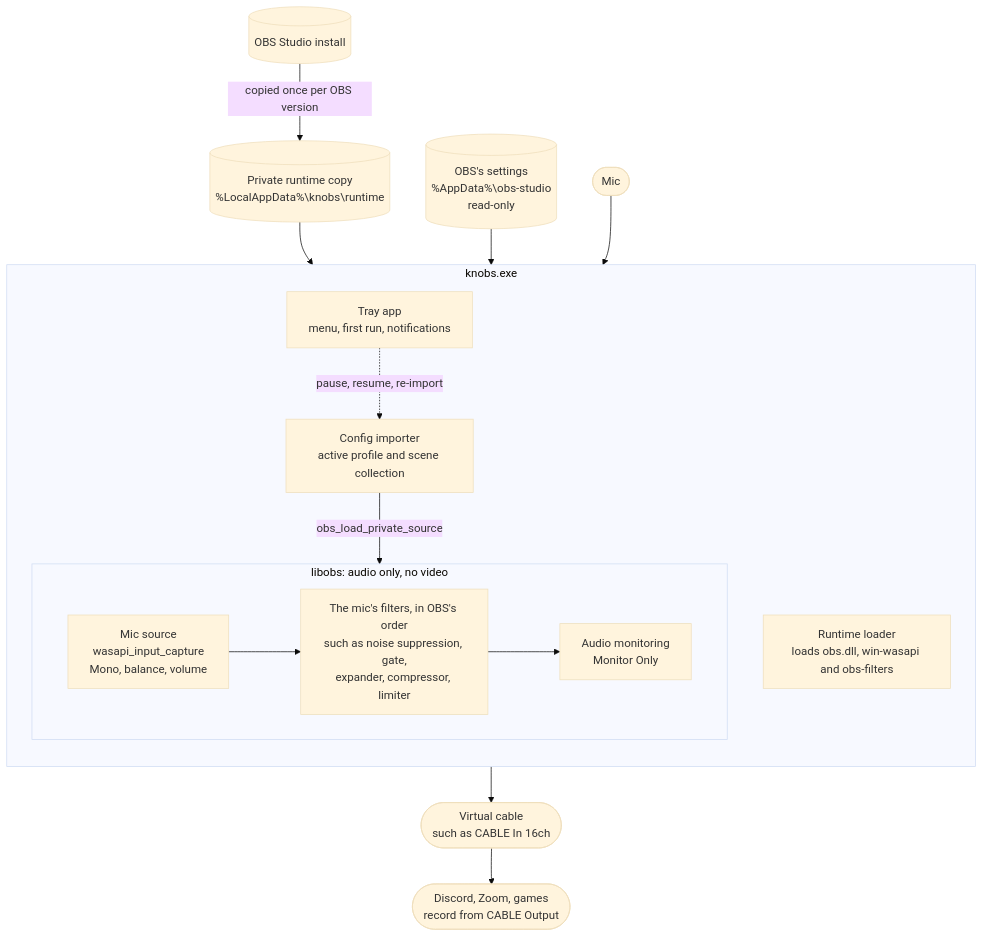
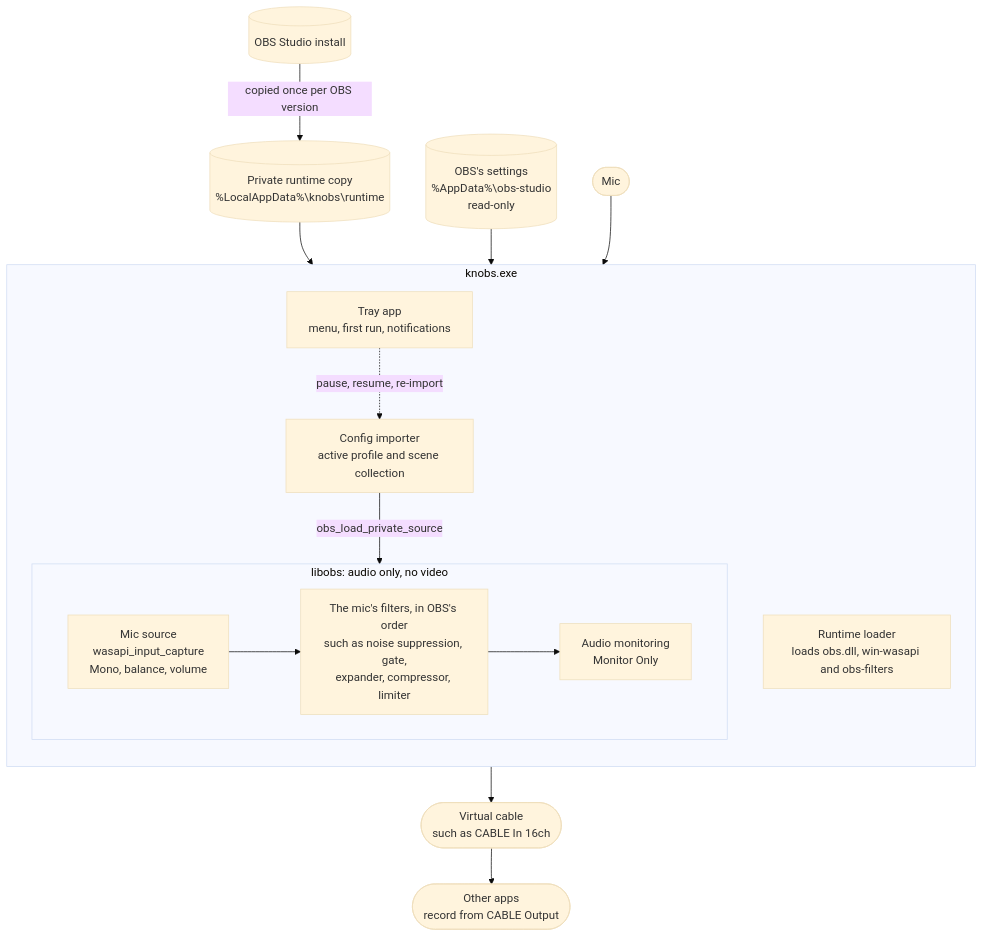
The diagram in docs/design.md (danielalyoshin/knOBS), drawn with Mermaid (base theme) before and after one commit. The commit also changed other lines of this file and 5 other files, not shown here.

First line of the commit message:
docs: describe the apps that use the cable generically

````diff
--- a/docs/design.md
+++ b/docs/design.md
@@ -39,24 +39,24 @@
 ```mermaid
 flowchart TB
   install[("OBS Studio install")] -- "copied once per OBS version" --> copy[("Private runtime copy<br>%LocalAppData%\knobs\runtime")]
   obsconfig[("OBS's settings<br>%AppData%\obs-studio<br>read-only")]
 
   subgraph app["knobs.exe"]
     direction TB
     loader["Runtime loader<br>loads obs.dll, win-wasapi and obs-filters"]
     importer["Config importer<br>active profile and scene collection"]
     subgraph libobs["libobs: audio only, no video"]
       direction LR
       source["Mic source<br>wasapi_input_capture<br>Mono, balance, volume"] --> filters["The mic's filters, in OBS's order<br>such as noise suppression, gate,<br>expander, compressor, limiter"] --> monitor["Audio monitoring<br>Monitor Only"]
     end
     tray["Tray app<br>menu, first run, notifications"]
   end
 
   copy --> loader
   obsconfig --> importer
   importer -- "obs_load_private_source" --> source
   mic(["Mic"]) --> source
   monitor --> cable(["Virtual cable<br>such as CABLE In 16ch"])
-  cable --> apps(["Discord, Zoom, games<br>record from CABLE Output"])
+  cable --> apps(["Other apps<br>record from CABLE Output"])
   tray -. "pause, resume, re-import" .-> importer
 ```
````
